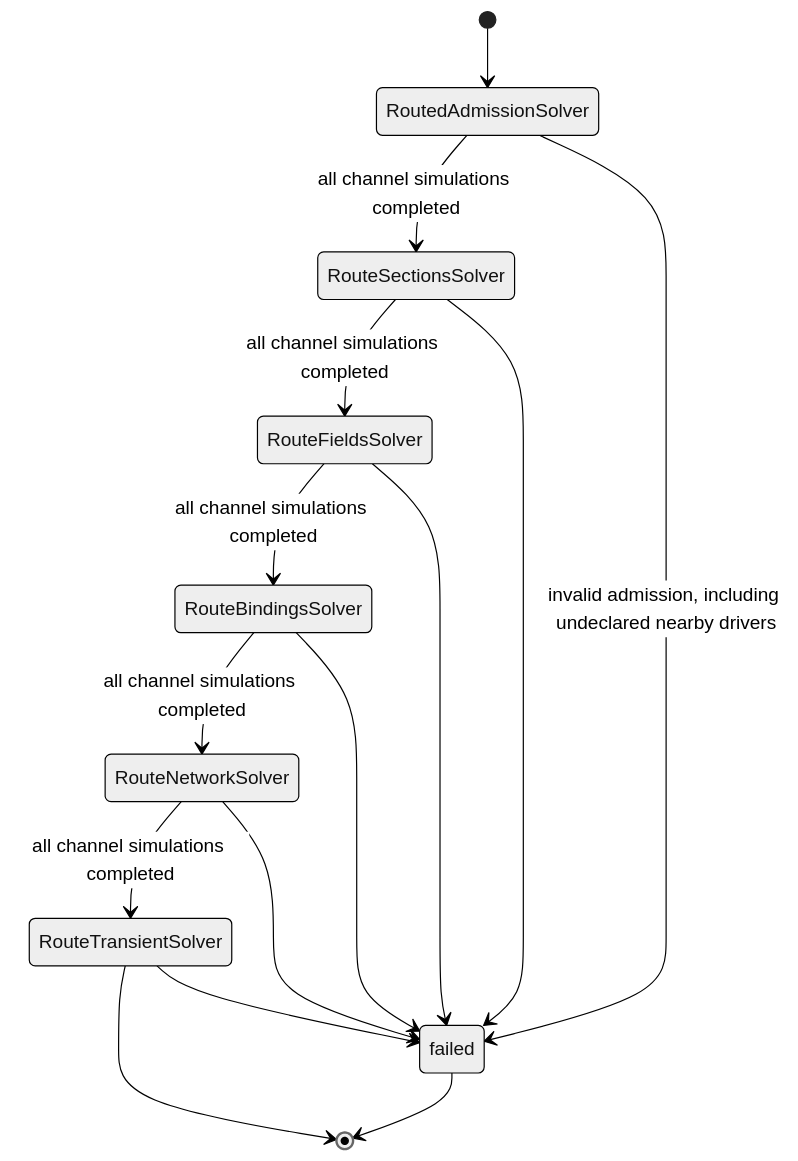
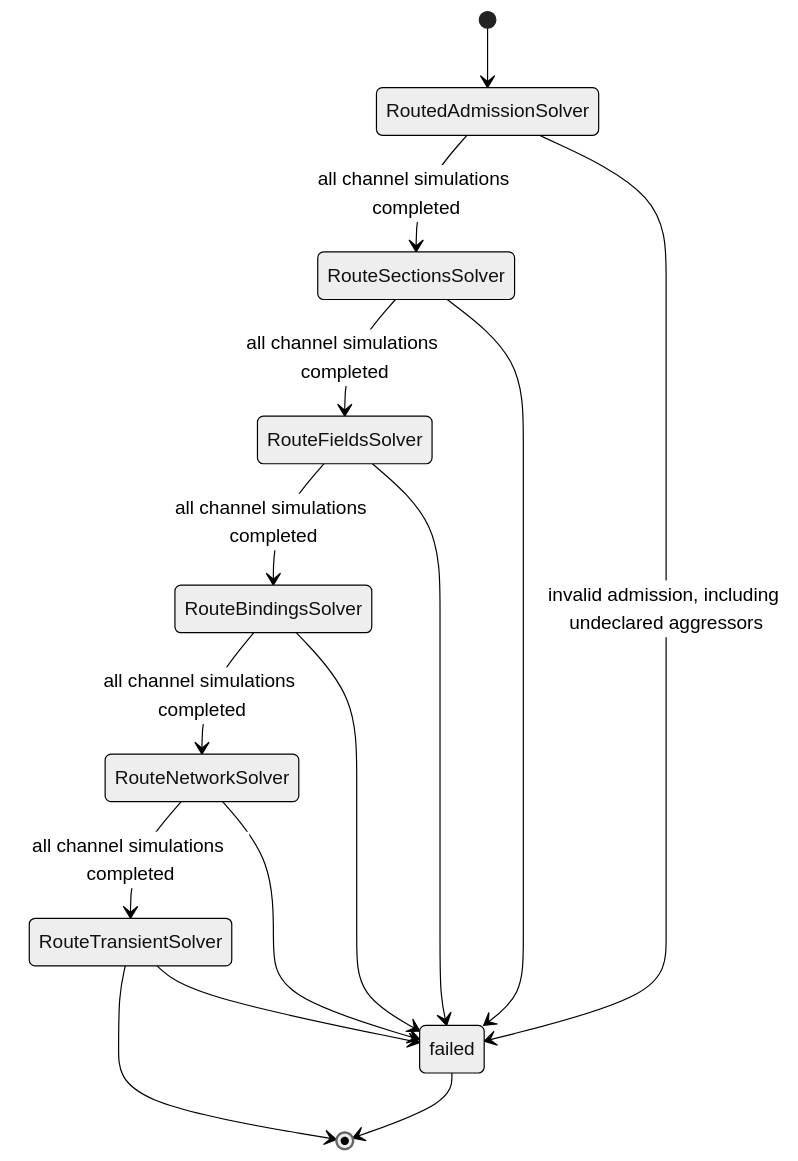
The fifth of 6 diagrams in docs/ARCHITECTURE.md (draarivpatel-ui/signal-integrity-pipeline), drawn with Mermaid (neutral theme) before and after one commit. The commit also changed other lines of this file and 23 other files, not shown here.

````diff
--- a/docs/ARCHITECTURE.md
+++ b/docs/ARCHITECTURE.md
@@ -146,17 +146,17 @@
 ```mermaid
 stateDiagram-v2
   [*] --> RoutedAdmissionSolver
   RoutedAdmissionSolver --> RouteSectionsSolver: all channel simulations completed
   RouteSectionsSolver --> RouteFieldsSolver: all channel simulations completed
   RouteFieldsSolver --> RouteBindingsSolver: all channel simulations completed
   RouteBindingsSolver --> RouteNetworkSolver: all channel simulations completed
   RouteNetworkSolver --> RouteTransientSolver: all channel simulations completed
   RouteTransientSolver --> [*]
-  RoutedAdmissionSolver --> failed: invalid admission, including undeclared nearby drivers
+  RoutedAdmissionSolver --> failed: invalid admission, including undeclared aggressors
   RouteSectionsSolver --> failed
   RouteFieldsSolver --> failed
   RouteBindingsSolver --> failed
   RouteNetworkSolver --> failed
   RouteTransientSolver --> failed
   failed --> [*]
 ```
````
